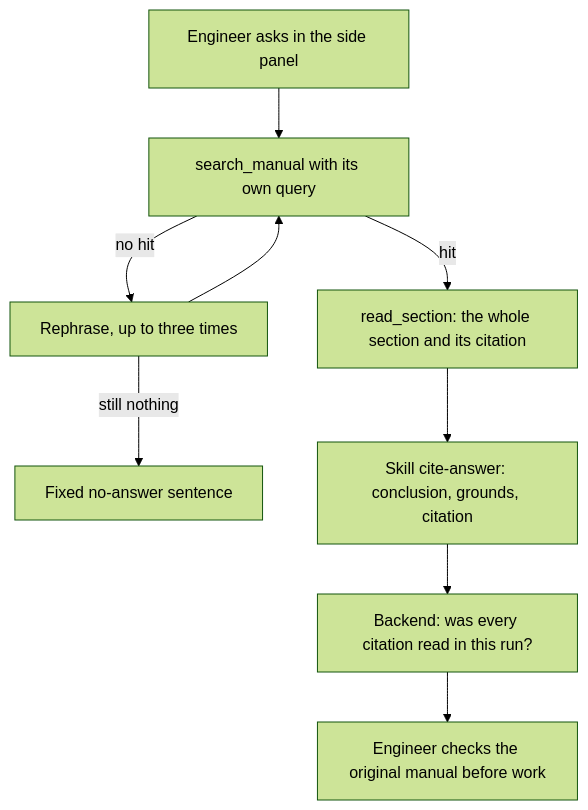
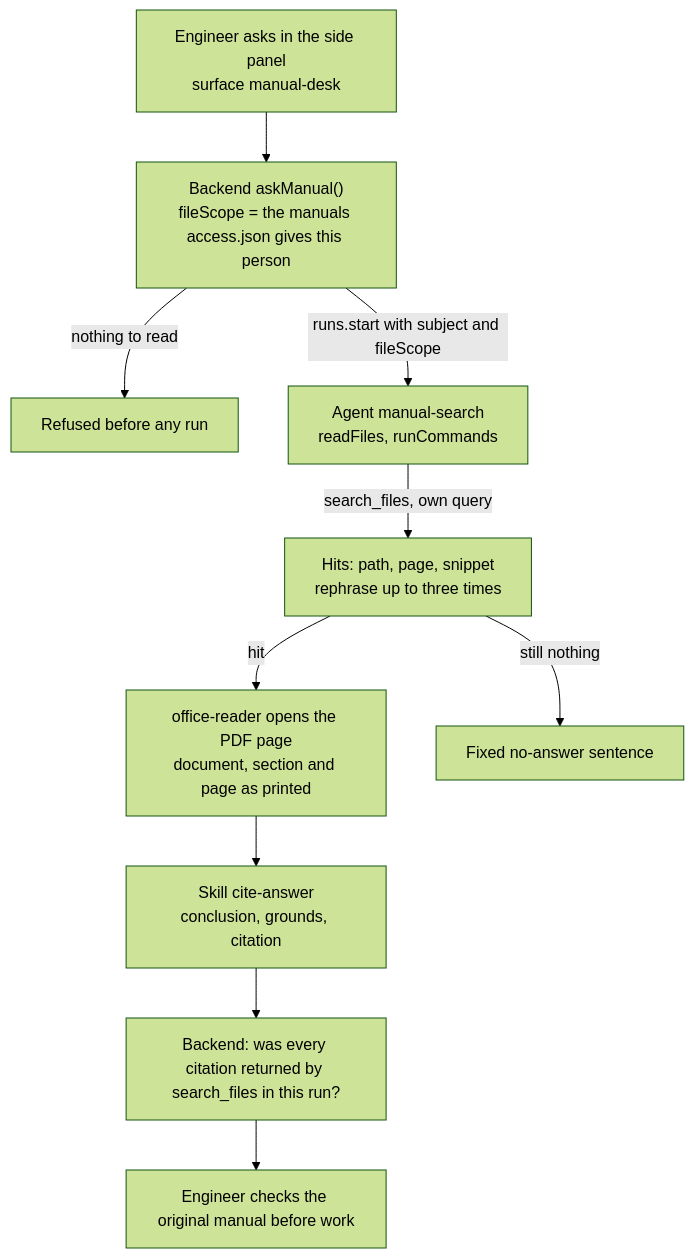
Before and after one commit to indxjp/agent-workspace: the diagram in docs/sdk/site/tutorials/manual-search.mdx, drawn with Mermaid (forest theme). The commit also changed other lines of this file and 2629 other files, not shown here.

````diff
--- a/docs/sdk/site/tutorials/manual-search.mdx
+++ b/docs/sdk/site/tutorials/manual-search.mdx
@@ -34,11 +36,12 @@
 ```mermaid
 flowchart TD
-  Q["Engineer asks in the side panel"] --> S["search_manual with its own query"]
-  S -- "no hit" --> R["Rephrase, up to three times"]
-  R --> S
-  S -- "hit" --> D["read_section: the whole section and its citation"]
-  R -- "still nothing" --> N["Fixed no-answer sentence"]
-  D --> K["Skill cite-answer: conclusion, grounds, citation"]
-  K --> C["Backend: was every citation read in this run?"]
+  Q["Engineer asks in the side panel<br/>surface manual-desk"] --> B["Backend askManual()<br/>fileScope = the manuals access.json gives this person"]
+  B -- "nothing to read" --> R["Refused before any run"]
+  B -- "runs.start with subject and fileScope" --> A["Agent manual-search<br/>readFiles, runCommands"]
+  A -- "search_files, own query" --> S["Hits: path, page, snippet<br/>rephrase up to three times"]
+  S -- "hit" --> D["office-reader opens the PDF page<br/>document, section and page as printed"]
+  S -- "still nothing" --> N["Fixed no-answer sentence"]
+  D --> K["Skill cite-answer<br/>conclusion, grounds, citation"]
+  K --> C["Backend: was every citation returned by search_files in this run?"]
   C --> E["Engineer checks the original manual before work"]
 ```
````
